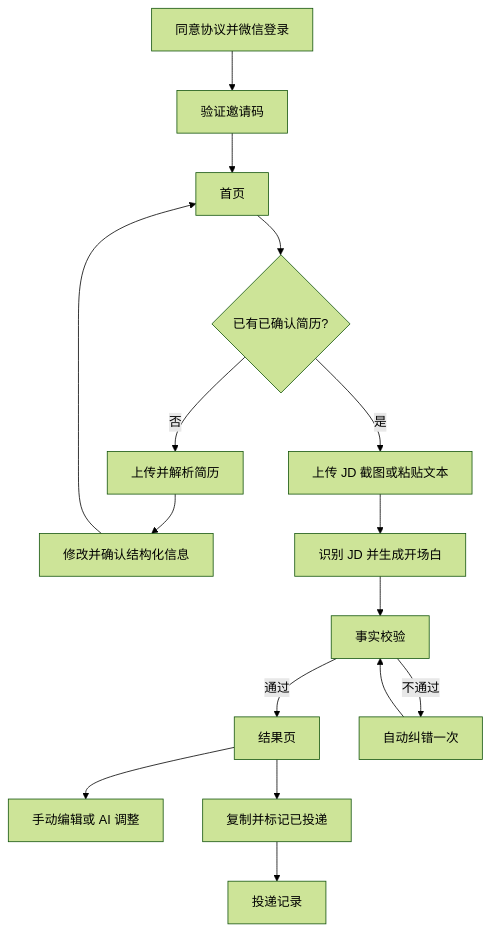
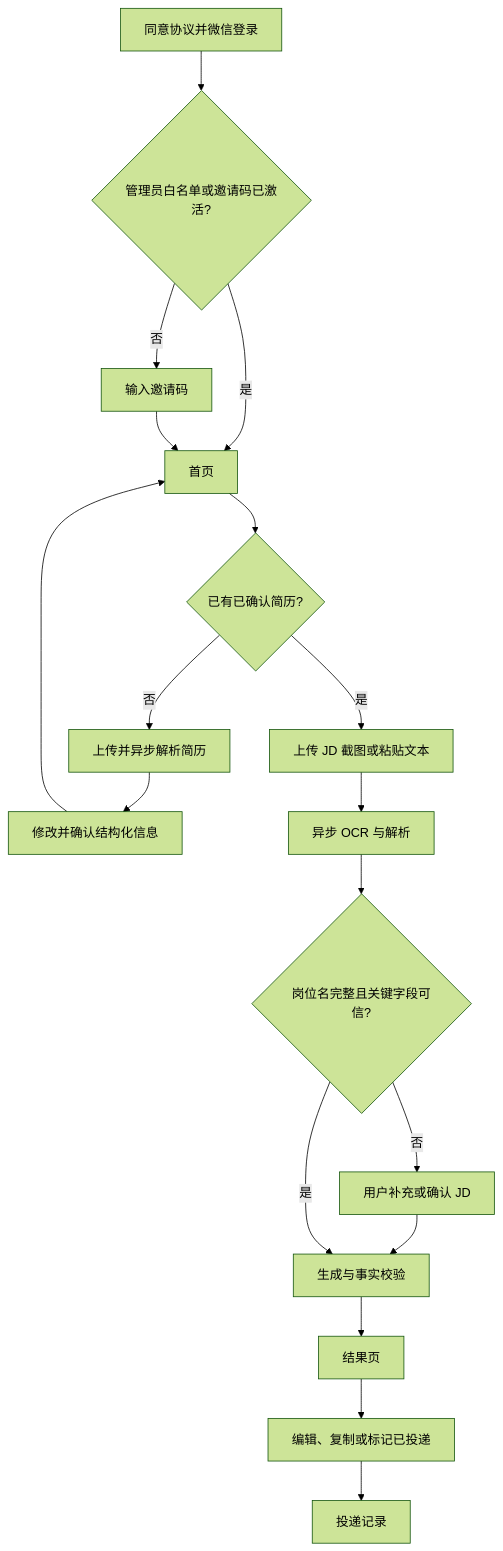
One commit to Yinzhi392/ApplyMate changed the first of 2 diagrams in memory-bank/design-document.md. Above: the diagram before and after it, drawn with Mermaid (forest theme). The commit also changed other lines of this file and 7 other files, not shown here.

````diff
--- a/memory-bank/design-document.md
+++ b/memory-bank/design-document.md
@@ -41,18 +43,20 @@
 ```mermaid
 flowchart TD
-    A[同意协议并微信登录] --> B[验证邀请码]
-    B --> C[首页]
-    C --> D{已有已确认简历?}
-    D -- 否 --> E[上传并解析简历]
-    E --> F[修改并确认结构化信息]
-    F --> C
-    D -- 是 --> G[上传 JD 截图或粘贴文本]
-    G --> H[识别 JD 并生成开场白]
-    H --> I[事实校验]
-    I -- 通过 --> J[结果页]
-    I -- 不通过 --> K[自动纠错一次]
-    K --> I
-    J --> L[手动编辑或 AI 调整]
-    J --> M[复制并标记已投递]
-    M --> N[投递记录]
+    A[同意协议并微信登录] --> B{管理员白名单或邀请码已激活?}
+    B -- 否 --> C[输入邀请码]
+    B -- 是 --> D[首页]
+    C --> D
+    D --> E{已有已确认简历?}
+    E -- 否 --> F[上传并异步解析简历]
+    F --> G[修改并确认结构化信息]
+    G --> D
+    E -- 是 --> H[上传 JD 截图或粘贴文本]
+    H --> I[异步 OCR 与解析]
+    I --> J{岗位名完整且关键字段可信?}
+    J -- 否 --> K[用户补充或确认 JD]
+    K --> L[生成与事实校验]
+    J -- 是 --> L
+    L --> M[结果页]
+    M --> N[编辑、复制或标记已投递]
+    N --> O[投递记录]
 ```
````
